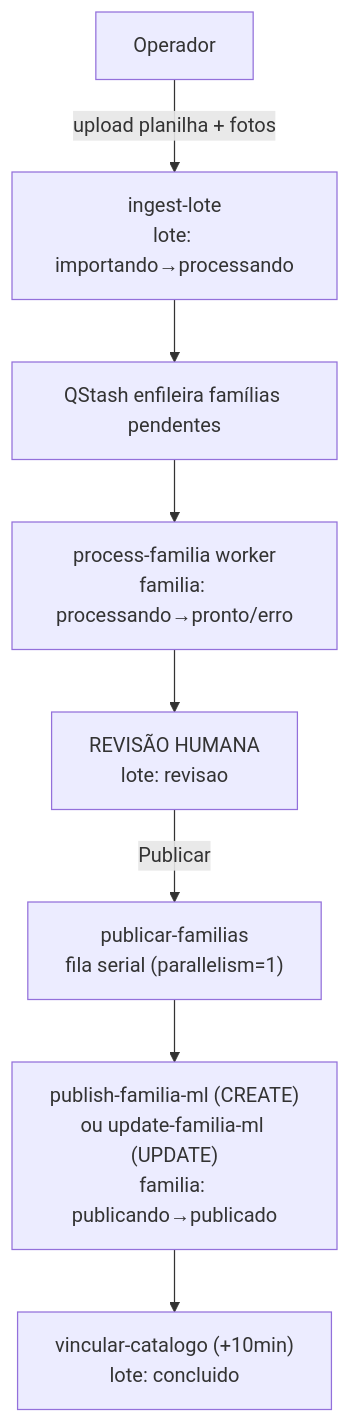
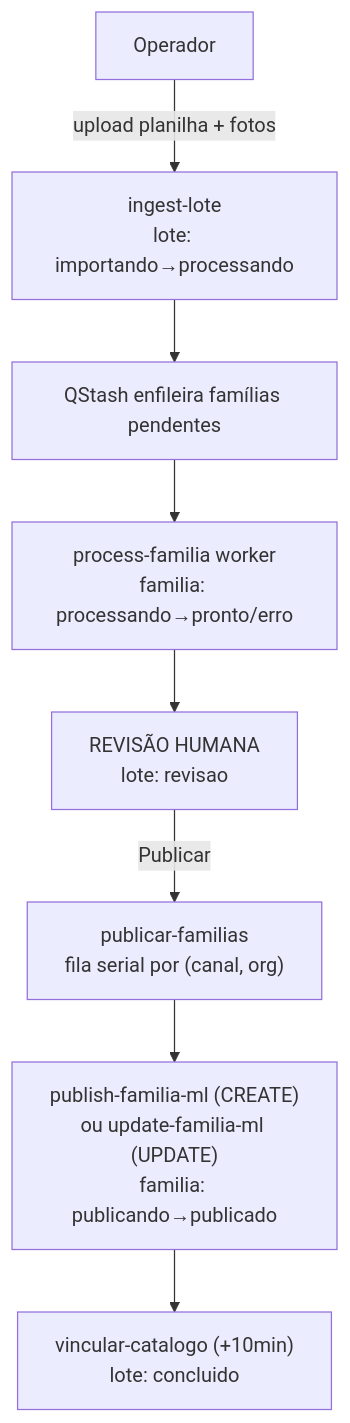
Before and after one commit to analistasistemas-bit/gtinmktplace: the diagram in obsidian-vault/02-Fluxos/Fluxo Completo.md, drawn with Mermaid. The commit also changed other lines of this file and 13 other files, not shown here.

````diff
--- a/obsidian-vault/02-Fluxos/Fluxo Completo.md
+++ b/obsidian-vault/02-Fluxos/Fluxo Completo.md
@@ -10,10 +10,10 @@
 ```mermaid
 flowchart TD
     A[Operador] -->|upload planilha + fotos| B["ingest-lote<br/>lote: importando→processando"]
     B --> C["QStash enfileira famílias pendentes"]
     C --> D["process-familia worker<br/>familia: processando→pronto/erro"]
     D --> E["REVISÃO HUMANA<br/>lote: revisao"]
-    E -->|Publicar| F["publicar-familias<br/>fila serial (parallelism=1)"]
+    E -->|Publicar| F["publicar-familias<br/>fila serial por (canal, org)"]
     F --> G["publish-familia-ml (CREATE)<br/>ou update-familia-ml (UPDATE)<br/>familia: publicando→publicado"]
     G --> H["vincular-catalogo (+10min)<br/>lote: concluido"]
 ```
````
